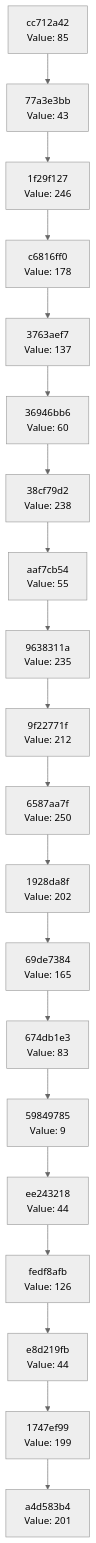
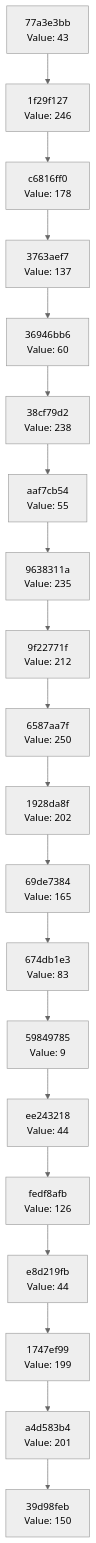
One commit to Abhisheksinha1506/hash-chain-evolver changed the diagram in docs/CHAIN_VISUALIZATION.md. Above: the diagram before and after it, drawn with Mermaid (neutral theme). The commit also changed 3 other files, not shown here.

````diff
--- a/docs/CHAIN_VISUALIZATION.md
+++ b/docs/CHAIN_VISUALIZATION.md
@@ -3,42 +3,42 @@
 ```mermaid
 graph TD
-    C0["a4d583b4<br/>Value: 201"]
-    C1["1747ef99<br/>Value: 199"]
+    C0["39d98feb<br/>Value: 150"]
+    C1["a4d583b4<br/>Value: 201"]
     C1 --> C0
-    C2["e8d219fb<br/>Value: 44"]
+    C2["1747ef99<br/>Value: 199"]
     C2 --> C1
-    C3["fedf8afb<br/>Value: 126"]
+    C3["e8d219fb<br/>Value: 44"]
     C3 --> C2
-    C4["ee243218<br/>Value: 44"]
+    C4["fedf8afb<br/>Value: 126"]
     C4 --> C3
-    C5["59849785<br/>Value: 9"]
+    C5["ee243218<br/>Value: 44"]
     C5 --> C4
-    C6["674db1e3<br/>Value: 83"]
+    C6["59849785<br/>Value: 9"]
     C6 --> C5
-    C7["69de7384<br/>Value: 165"]
+    C7["674db1e3<br/>Value: 83"]
     C7 --> C6
-    C8["1928da8f<br/>Value: 202"]
+    C8["69de7384<br/>Value: 165"]
     C8 --> C7
-    C9["6587aa7f<br/>Value: 250"]
+    C9["1928da8f<br/>Value: 202"]
     C9 --> C8
-    C10["9f22771f<br/>Value: 212"]
+    C10["6587aa7f<br/>Value: 250"]
     C10 --> C9
-    C11["9638311a<br/>Value: 235"]
+    C11["9f22771f<br/>Value: 212"]
     C11 --> C10
-    C12["aaf7cb54<br/>Value: 55"]
+    C12["9638311a<br/>Value: 235"]
     C12 --> C11
-    C13["38cf79d2<br/>Value: 238"]
+    C13["aaf7cb54<br/>Value: 55"]
     C13 --> C12
-    C14["36946bb6<br/>Value: 60"]
+    C14["38cf79d2<br/>Value: 238"]
     C14 --> C13
-    C15["3763aef7<br/>Value: 137"]
+    C15["36946bb6<br/>Value: 60"]
     C15 --> C14
-    C16["c6816ff0<br/>Value: 178"]
+    C16["3763aef7<br/>Value: 137"]
     C16 --> C15
-    C17["1f29f127<br/>Value: 246"]
+    C17["c6816ff0<br/>Value: 178"]
     C17 --> C16
-    C18["77a3e3bb<br/>Value: 43"]
+    C18["1f29f127<br/>Value: 246"]
     C18 --> C17
-    C19["cc712a42<br/>Value: 85"]
+    C19["77a3e3bb<br/>Value: 43"]
     C19 --> C18
 ```
````
